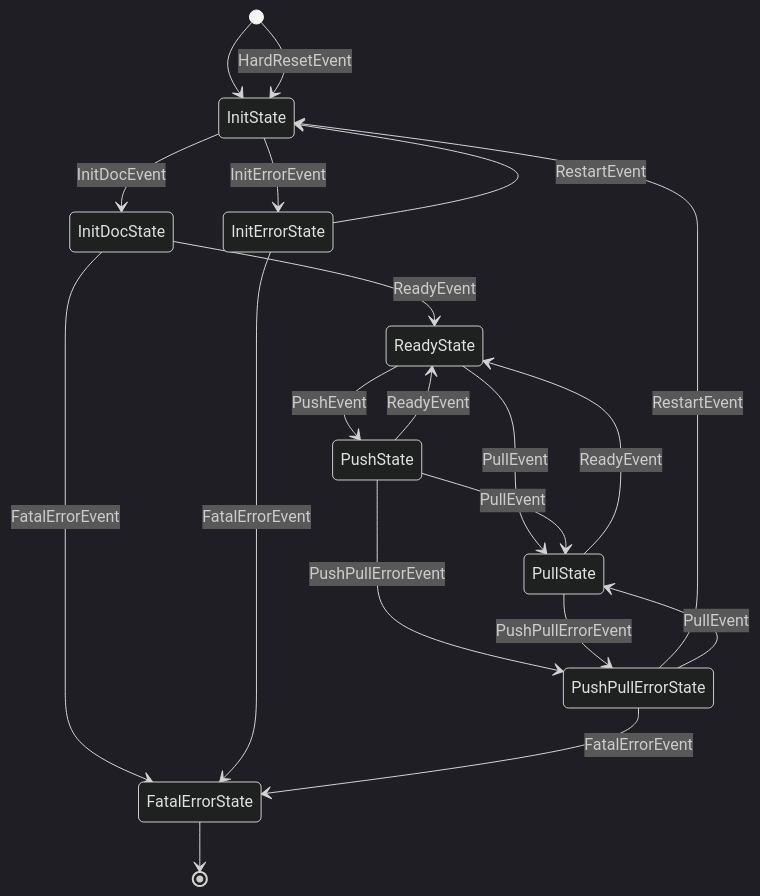
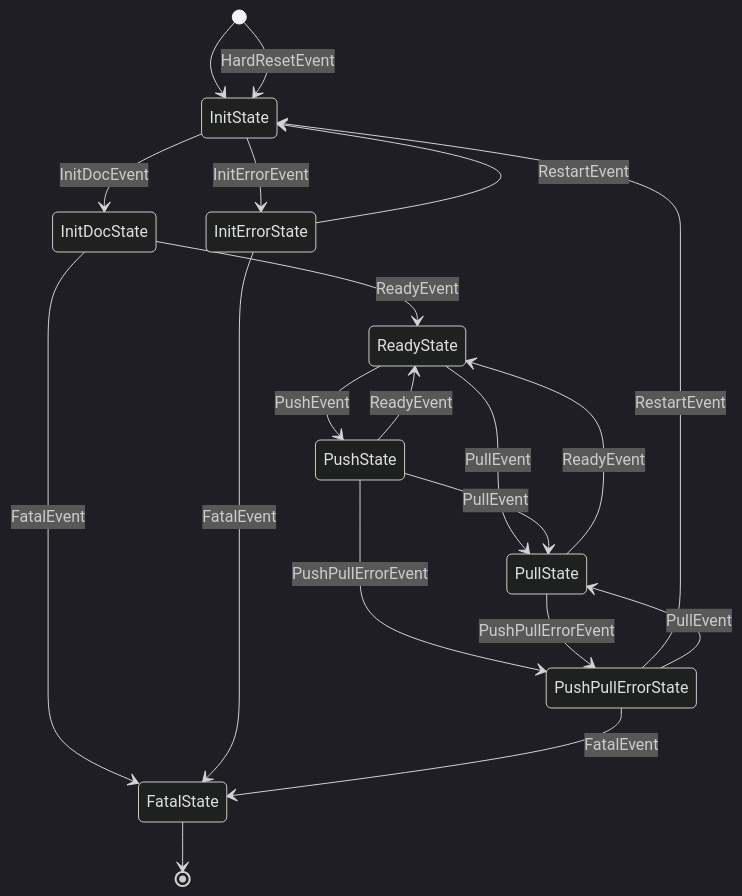
The diagram in lib/collab-client/api.md (bangle-io/bangle-editor), drawn with Mermaid (dark theme) before and after one commit. The commit also changed 15 other files, not shown here.

````diff
--- a/lib/collab-client/api.md
+++ b/lib/collab-client/api.md
@@ -20,22 +20,22 @@
 ```mermaid
 stateDiagram-v2
     [*] --> InitState
     [*] --> InitState: HardResetEvent
     InitState --> InitDocState: InitDocEvent
     InitState --> InitErrorState: InitErrorEvent
     InitDocState --> ReadyState: ReadyEvent
-    InitDocState --> FatalErrorState: FatalErrorEvent
+    InitDocState --> FatalState: FatalEvent
     InitErrorState --> InitState: RestartEvent
-    InitErrorState --> FatalErrorState: FatalErrorEvent
+    InitErrorState --> FatalState: FatalEvent
     ReadyState --> PushState: PushEvent
     ReadyState --> PullState: PullEvent
     PushState --> ReadyState: ReadyEvent
     PushState --> PullState: PullEvent
     PushState --> PushPullErrorState: PushPullErrorEvent
     PullState --> ReadyState: ReadyEvent
     PullState --> PushPullErrorState: PushPullErrorEvent
     PushPullErrorState --> InitState: RestartEvent
     PushPullErrorState --> PullState: PullEvent
-    PushPullErrorState --> FatalErrorState: FatalErrorEvent
-    FatalErrorState --> [*]
+    PushPullErrorState --> FatalState: FatalEvent
+    FatalState --> [*]
 ```
````
